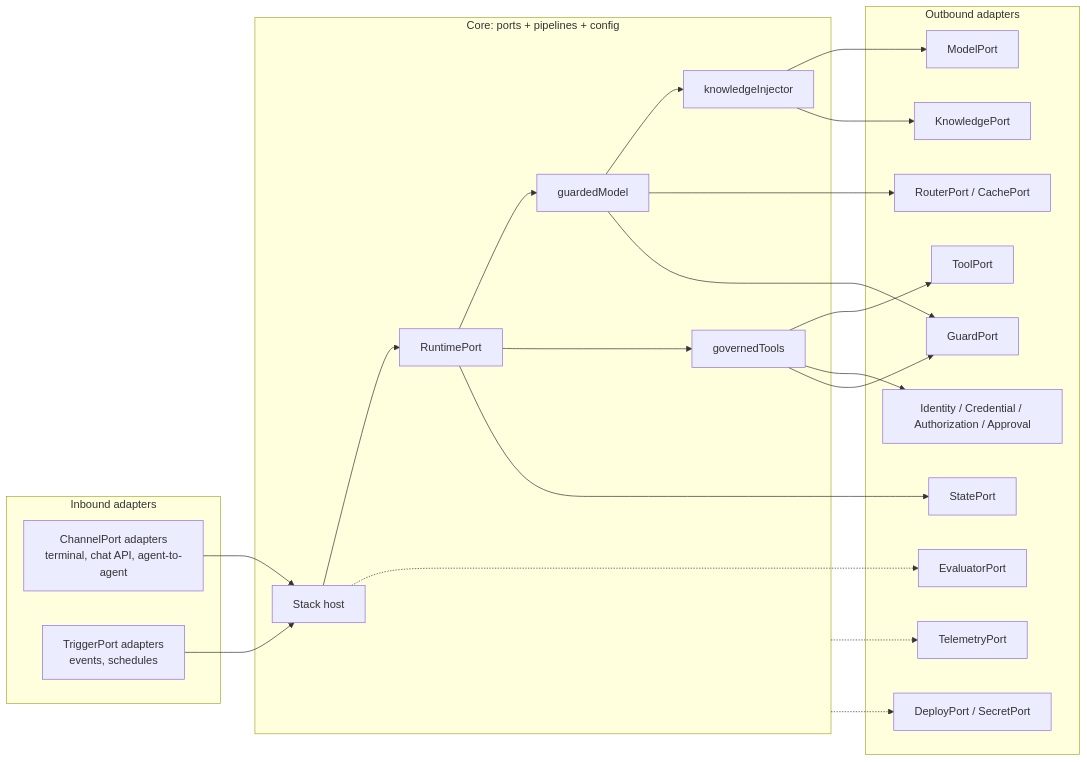
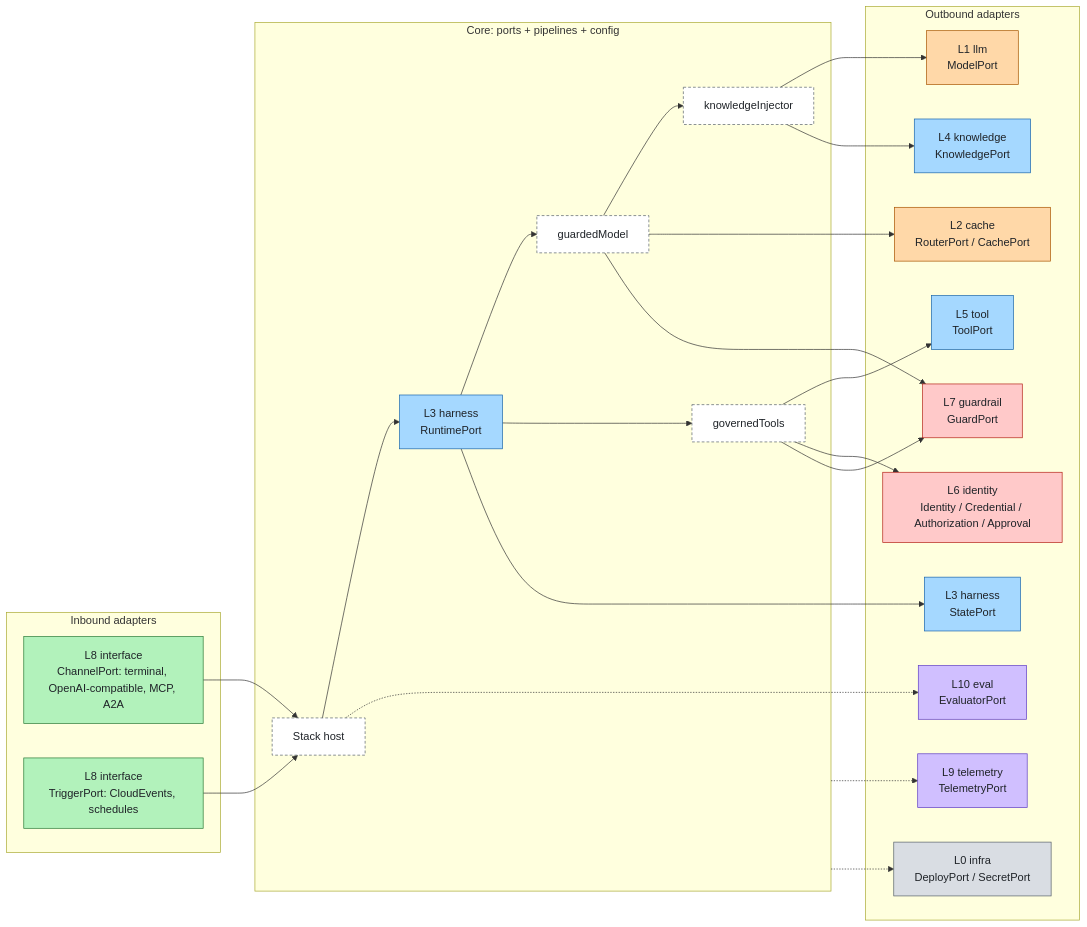
One commit to aantenore/agent-layers changed the first of 3 diagrams in docs/architecture.md. Above: the diagram before and after it, drawn with Mermaid. The commit also changed other lines of this file and 6 other files, not shown here.

Commit message:
docs: gateway guide, modes and topology diagrams, inbound adapters in the catalog

````diff
--- a/docs/architecture.md
+++ b/docs/architecture.md
@@ -36,40 +36,47 @@
 ```mermaid
 flowchart LR
   subgraph inbound[Inbound adapters]
-    ch[ChannelPort adapters<br/>terminal, chat API, agent-to-agent]
-    tr[TriggerPort adapters<br/>events, schedules]
+    ch[L8 interface<br/>ChannelPort: terminal, OpenAI-compatible, MCP, A2A]:::experience
+    tr[L8 interface<br/>TriggerPort: CloudEvents, schedules]:::experience
   end
   subgraph core[Core: ports + pipelines + config]
-    host[Stack host]
-    gm[guardedModel]
-    ki[knowledgeInjector]
-    gt[governedTools]
-    rt[RuntimePort]
+    host[Stack host]:::external
+    gm[guardedModel]:::external
+    ki[knowledgeInjector]:::external
+    gt[governedTools]:::external
+    rt[L3 harness<br/>RuntimePort]:::agent
   end
   subgraph outbound[Outbound adapters]
-    m[ModelPort]
-    r[RouterPort / CachePort]
-    k[KnowledgePort]
-    t[ToolPort]
-    id[Identity / Credential / Authorization / Approval]
-    g[GuardPort]
-    te[TelemetryPort]
-    ev[EvaluatorPort]
-    st[StatePort]
-    d[DeployPort / SecretPort]
+    m[L1 llm<br/>ModelPort]:::model
+    r[L2 cache<br/>RouterPort / CachePort]:::model
+    k[L4 knowledge<br/>KnowledgePort]:::agent
+    t[L5 tool<br/>ToolPort]:::agent
+    id[L6 identity<br/>Identity / Credential / Authorization / Approval]:::control
+    g[L7 guardrail<br/>GuardPort]:::control
+    te[L9 telemetry<br/>TelemetryPort]:::insight
+    ev[L10 eval<br/>EvaluatorPort]:::insight
+    st[L3 harness<br/>StatePort]:::agent
+    d[L0 infra<br/>DeployPort / SecretPort]:::foundation
   end
   ch --> host
   tr --> host
   host --> rt
   rt --> gm --> ki --> m
   gm --> r
   gm --> g
   ki --> k
   rt --> gt --> t
   gt --> id
   gt --> g
   rt --> st
   core -.-> te
   host -.-> ev
   core -.-> d
+  classDef foundation fill:#d9dde3,stroke:#57606a,color:#1f2328
+  classDef model fill:#ffd8a8,stroke:#a85400,color:#1f2328
+  classDef agent fill:#a5d8ff,stroke:#1864ab,color:#1f2328
+  classDef control fill:#ffc9c9,stroke:#b42318,color:#1f2328
+  classDef experience fill:#b2f2bb,stroke:#2a7a38,color:#1f2328
+  classDef insight fill:#d0bfff,stroke:#5f3dc4,color:#1f2328
+  classDef external fill:#ffffff,stroke:#57606a,color:#1f2328,stroke-dasharray:4 3
 ```
````
